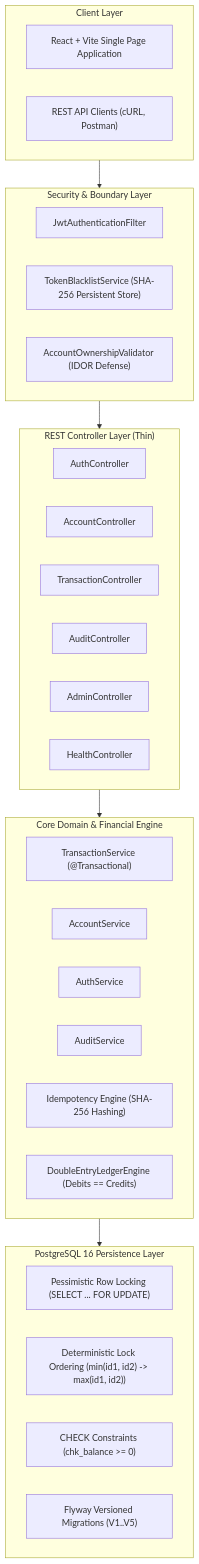
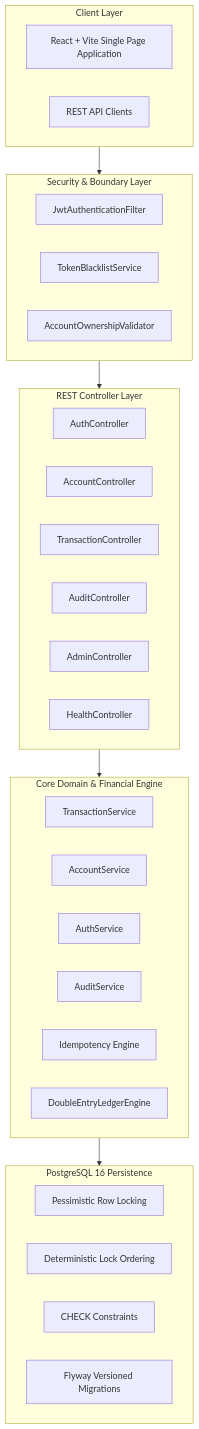
One commit to Praneethbandi05/Ledger_Line changed the first of 4 diagrams in docs/architecture.md. Above: the diagram before and after it, drawn with Mermaid. The commit also changed other lines of this file and 5 other files, not shown here.

````diff
--- a/docs/architecture.md
+++ b/docs/architecture.md
@@ -16,43 +13,43 @@
 ```mermaid
 flowchart TD
     subgraph Client ["Client Layer"]
         UI["React + Vite Single Page Application"]
-        ExtAPI["REST API Clients (cURL, Postman)"]
+        ExtAPI["REST API Clients"]
     end
 
     subgraph SecurityLayer ["Security & Boundary Layer"]
         Filter["JwtAuthenticationFilter"]
-        Blacklist["TokenBlacklistService (SHA-256 Persistent Store)"]
-        Validator["AccountOwnershipValidator (IDOR Defense)"]
+        Blacklist["TokenBlacklistService"]
+        Validator["AccountOwnershipValidator"]
     end
 
-    subgraph ControllerLayer ["REST Controller Layer (Thin)"]
+    subgraph ControllerLayer ["REST Controller Layer"]
         AuthCtrl["AuthController"]
         AccCtrl["AccountController"]
         TxCtrl["TransactionController"]
         AuditCtrl["AuditController"]
         AdminCtrl["AdminController"]
         HealthCtrl["HealthController"]
     end
 
     subgraph ServiceLayer ["Core Domain & Financial Engine"]
-        TxSvc["TransactionService (@Transactional)"]
+        TxSvc["TransactionService"]
         AccSvc["AccountService"]
         AuthSvc["AuthService"]
         AuditSvc["AuditService"]
-        IdemEng["Idempotency Engine (SHA-256 Hashing)"]
-        LedgerEng["DoubleEntryLedgerEngine (Debits == Credits)"]
+        IdemEng["Idempotency Engine"]
+        LedgerEng["DoubleEntryLedgerEngine"]
     end
 
-    subgraph PersistenceLayer ["PostgreSQL 16 Persistence Layer"]
-        PessLock["Pessimistic Row Locking (SELECT ... FOR UPDATE)"]
-        DeterministicLock["Deterministic Lock Ordering (min(id1, id2) -> max(id1, id2))"]
-        CheckConstraints["CHECK Constraints (chk_balance >= 0)"]
-        Flyway["Flyway Versioned Migrations (V1..V5)"]
+    subgraph PersistenceLayer ["PostgreSQL 16 Persistence"]
+        PessLock["Pessimistic Row Locking"]
+        DeterministicLock["Deterministic Lock Ordering"]
+        CheckConstraints["CHECK Constraints"]
+        Flyway["Flyway Versioned Migrations"]
     end
 
     Client --> SecurityLayer
     SecurityLayer --> ControllerLayer
     ControllerLayer --> ServiceLayer
     ServiceLayer --> PersistenceLayer
 ```
````
